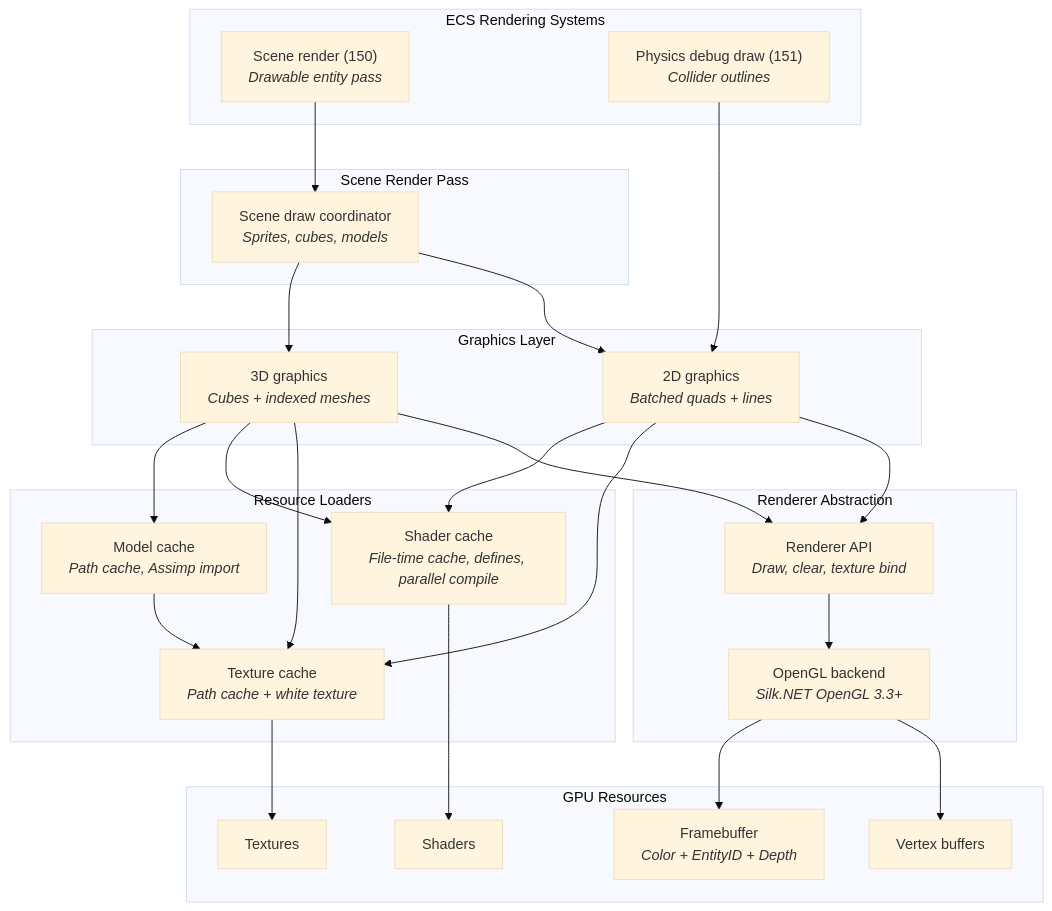
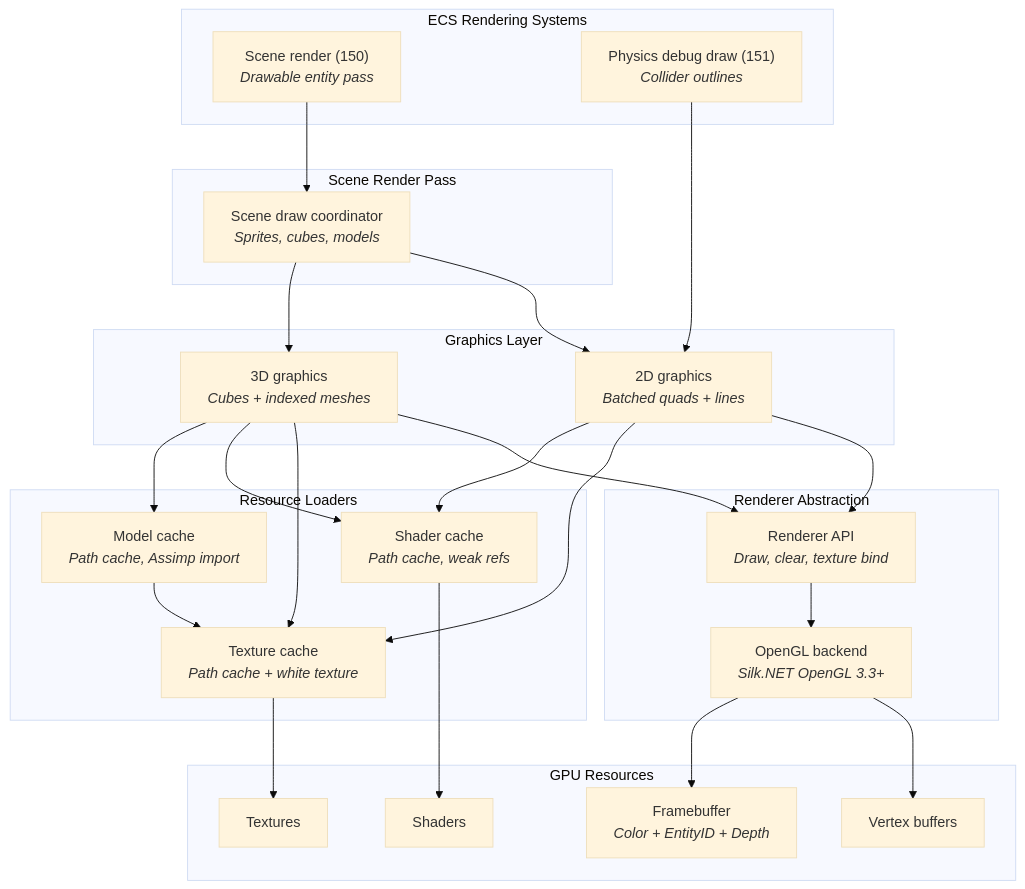
The first of 5 diagrams in docs/architecture/rendering-pipeline.md (kateusz/GameEngine), drawn with Mermaid (base theme) before and after one commit. The commit also changed other lines of this file and 2 other files, not shown here.

````diff
--- a/docs/architecture/rendering-pipeline.md
+++ b/docs/architecture/rendering-pipeline.md
@@ -9,52 +9,52 @@
 ```mermaid
 graph TB
     subgraph "ECS Rendering Systems"
         SRS["Scene render (150)<br/><i>Drawable entity pass</i>"]
         PDRS["Physics debug draw (151)<br/><i>Collider outlines</i>"]
     end
 
     subgraph "Scene Render Pass"
         SRP["Scene draw coordinator<br/><i>Sprites, cubes, models</i>"]
     end
 
     subgraph "Graphics Layer"
         G2D["2D graphics<br/><i>Batched quads + lines</i>"]
         G3D["3D graphics<br/><i>Cubes + indexed meshes</i>"]
     end
 
     subgraph "Resource Loaders"
         TF["Texture cache<br/><i>Path cache + white texture</i>"]
-        SF["Shader cache<br/><i>File-time cache, defines, parallel compile</i>"]
+        SF["Shader cache<br/><i>Path cache, weak refs</i>"]
         MF["Model cache<br/><i>Path cache, Assimp import</i>"]
     end
 
     subgraph "Renderer Abstraction"
         API["Renderer API<br/><i>Draw, clear, texture bind</i>"]
         OAPI["OpenGL backend<br/><i>Silk.NET OpenGL 3.3+</i>"]
     end
 
     subgraph "GPU Resources"
         VAO["Vertex buffers"]
         FB["Framebuffer<br/><i>Color + EntityID + Depth</i>"]
         Tex["Textures"]
         Shader["Shaders"]
     end
 
     SRS --> SRP
     SRP --> G2D
     SRP --> G3D
     PDRS --> G2D
     G2D --> API
     G2D --> TF
     G2D --> SF
     G3D --> API
     G3D --> TF
     G3D --> SF
     G3D --> MF
     MF --> TF
     API --> OAPI
     OAPI --> VAO
     OAPI --> FB
     TF --> Tex
     SF --> Shader
 ```
````
